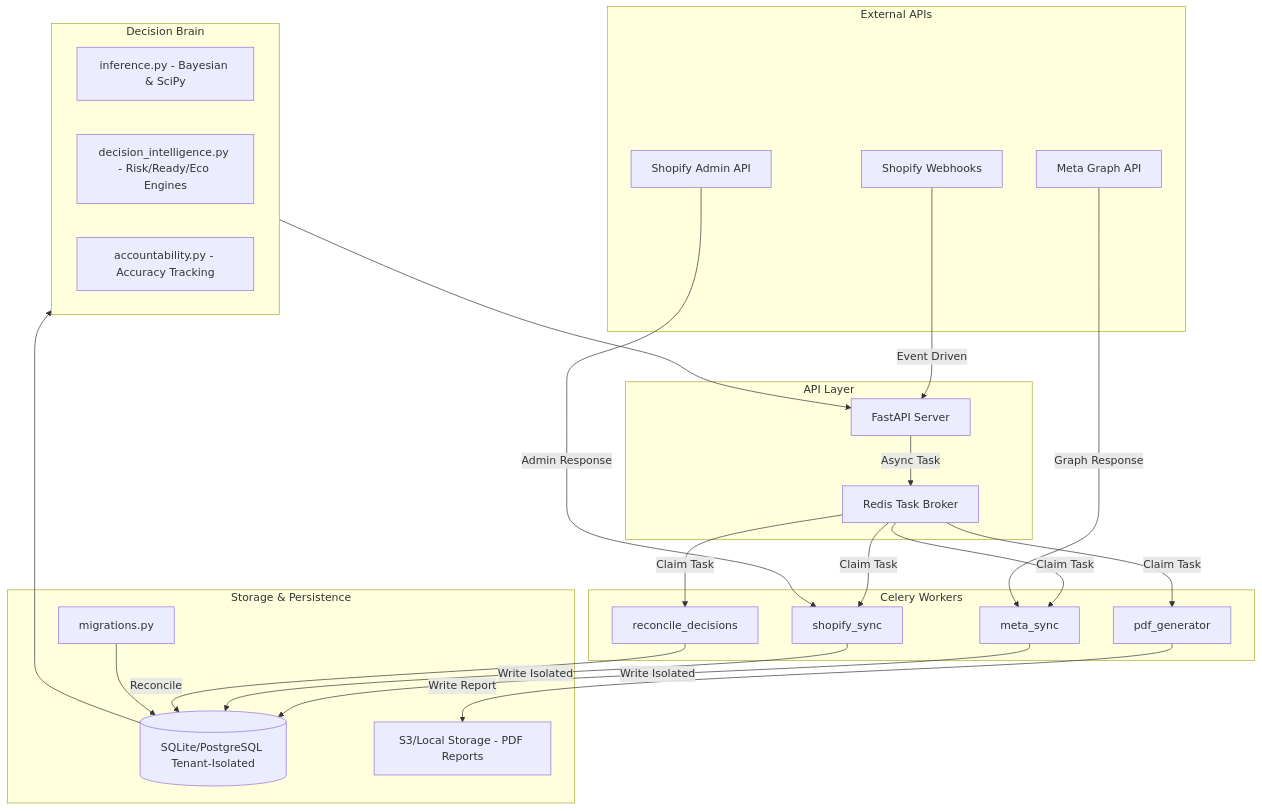
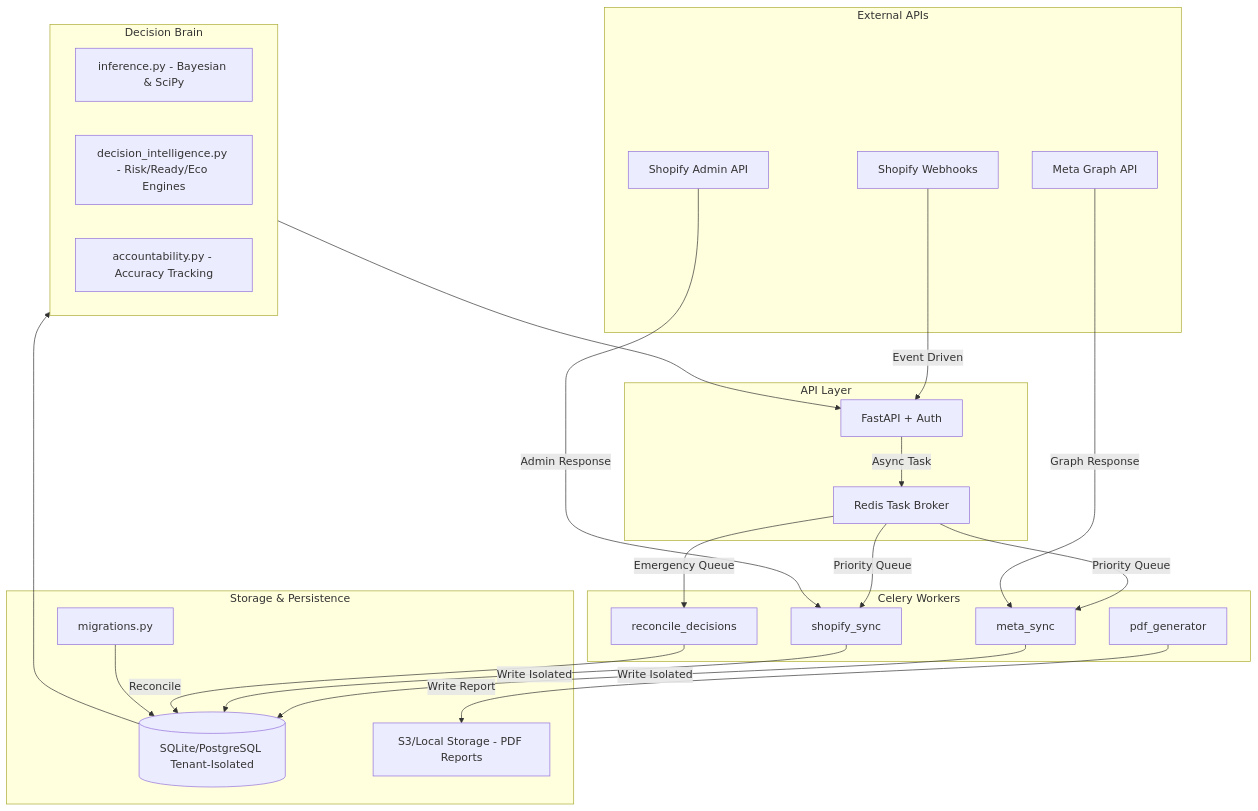
Before and after one commit to bi421/true-roas-complete: the second of 2 diagrams in ARCHITECTURE.md, drawn with Mermaid. The commit also changed other lines of this file and 76 other files, not shown here.

````diff
--- a/ARCHITECTURE.md
+++ b/ARCHITECTURE.md
@@ -36,44 +36,45 @@
 ```mermaid
 graph TD
     subgraph External_APIs [External APIs]
         M[Meta Graph API]
         S[Shopify Admin API]
         W[Shopify Webhooks]
     end
 
     subgraph API_Interface [API Layer]
         Main[FastAPI Server]
         RB[Redis Task Broker]
     end
 
     subgraph Worker_Layer [Celery Workers]
         MS[meta_sync]
         SS[shopify_sync]
         PG[pdf_generator]
         RD[reconcile_decisions]
     end
 
     subgraph Data_Layer [Storage & Persistence]
         DB[(SQLite/PostgreSQL Tenant-Isolated)]
         S3[S3/Local Storage - PDF Reports]
         MG[migrations.py]
     end
 
     subgraph Logic_Layer [Decision Brain]
         INF[inference.py - Bayesian & SciPy]
         DI[decision_intelligence.py - Risk/Ready/Eco Engines]
         ACC[accountability.py - Accuracy Tracking]
     end
 
-    W -- Event Driven --> Main
+    W -- Event Driven --> Main[FastAPI + Auth]
     Main -- Async Task --> RB
-    RB -- Claim Task --> MS & SS & PG & RD
+    RB -- Priority Queue --> MS & SS
+    RB -- Emergency Queue --> RD
     M -- Graph Response --> MS
     S -- Admin Response --> SS
     MS & SS -- Write Isolated --> DB
     PG -- Write Report --> S3
     RD -- Reconcile --> DB
     DB --> Logic_Layer
     Logic_Layer --> Main
     MG --> DB
 ```
````
